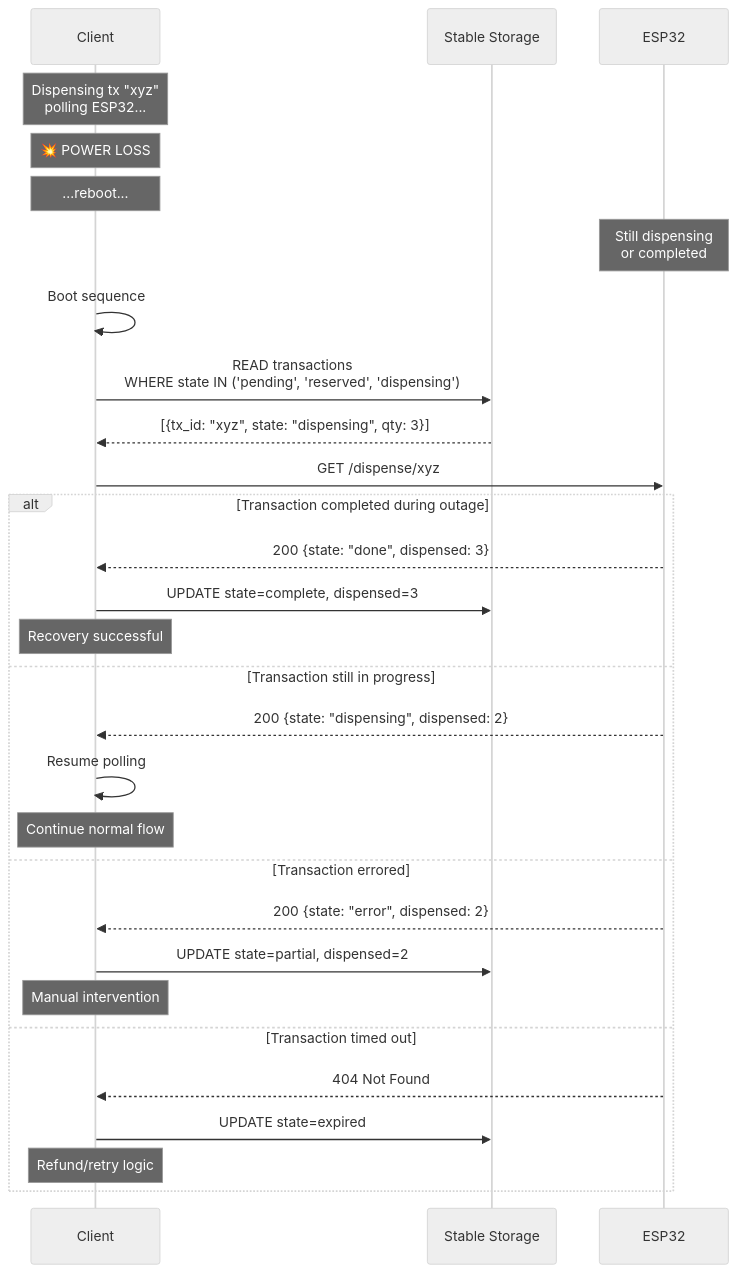
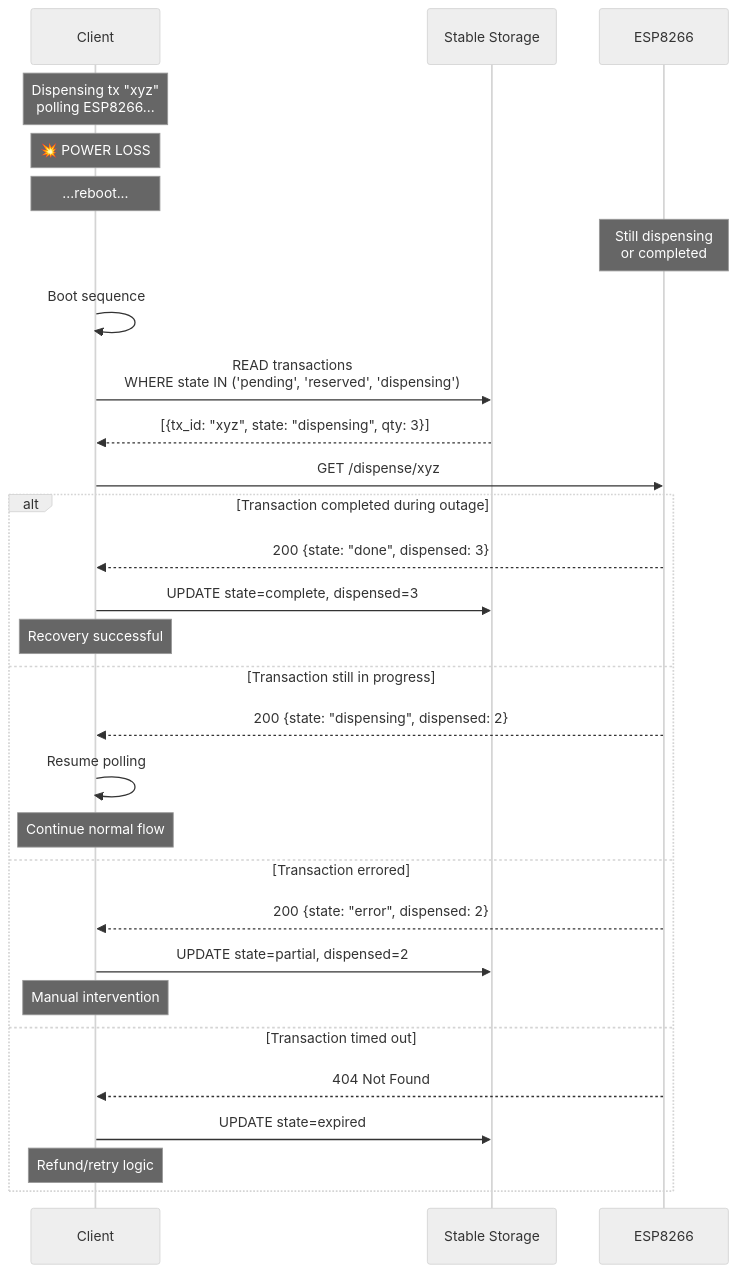
Before and after one commit to dgloeckner/remote-token-dispenser: diagram 13 of 26 in ARCHITECTURE.md, drawn with Mermaid (neutral theme). The commit also changed other lines of this file and 21 other files, not shown here.

````diff
--- a/ARCHITECTURE.md
+++ b/ARCHITECTURE.md
@@ -671,38 +671,38 @@
 ```mermaid
 sequenceDiagram
     participant Client
     participant DB as Stable Storage
-    participant ESP32
+    participant ESP8266
 
-    Note over Client: Dispensing tx "xyz"<br/>polling ESP32...
+    Note over Client: Dispensing tx "xyz"<br/>polling ESP8266...
 
     Note over Client: 💥 POWER LOSS
 
     Note over Client: ...reboot...
-    Note over ESP32: Still dispensing<br/>or completed
+    Note over ESP8266: Still dispensing<br/>or completed
 
     Client->>Client: Boot sequence
     Client->>DB: READ transactions<br/>WHERE state IN ('pending', 'reserved', 'dispensing')
 
     DB-->>Client: [{tx_id: "xyz", state: "dispensing", qty: 3}]
 
-    Client->>ESP32: GET /dispense/xyz
+    Client->>ESP8266: GET /dispense/xyz
 
     alt Transaction completed during outage
-        ESP32-->>Client: 200 {state: "done", dispensed: 3}
+        ESP8266-->>Client: 200 {state: "done", dispensed: 3}
         Client->>DB: UPDATE state=complete, dispensed=3
         Note over Client: Recovery successful
     else Transaction still in progress
-        ESP32-->>Client: 200 {state: "dispensing", dispensed: 2}
+        ESP8266-->>Client: 200 {state: "dispensing", dispensed: 2}
         Client->>Client: Resume polling
         Note over Client: Continue normal flow
     else Transaction errored
-        ESP32-->>Client: 200 {state: "error", dispensed: 2}
+        ESP8266-->>Client: 200 {state: "error", dispensed: 2}
         Client->>DB: UPDATE state=partial, dispensed=2
         Note over Client: Manual intervention
     else Transaction timed out
-        ESP32-->>Client: 404 Not Found
+        ESP8266-->>Client: 404 Not Found
         Client->>DB: UPDATE state=expired
         Note over Client: Refund/retry logic
     end
 ```
````
